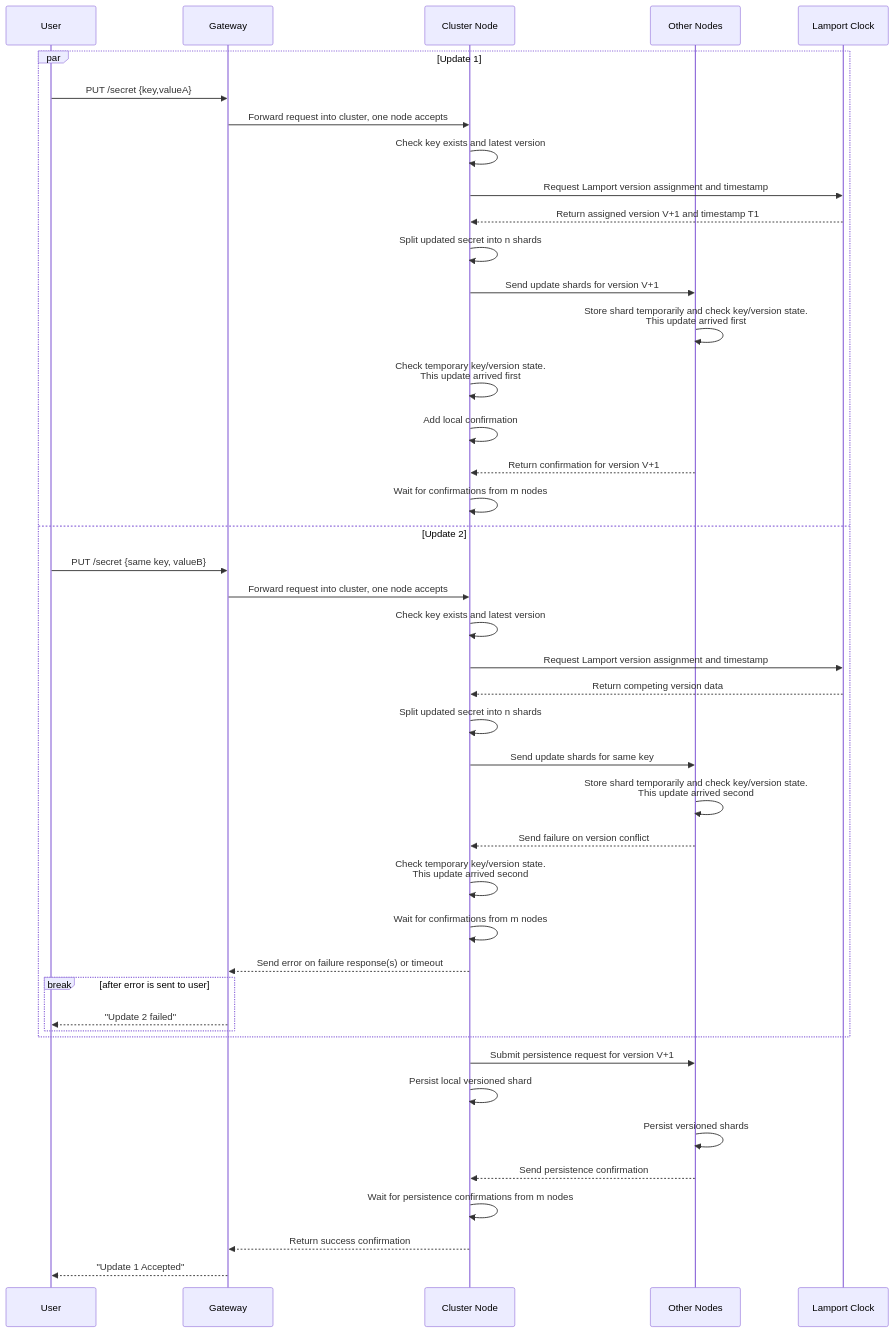
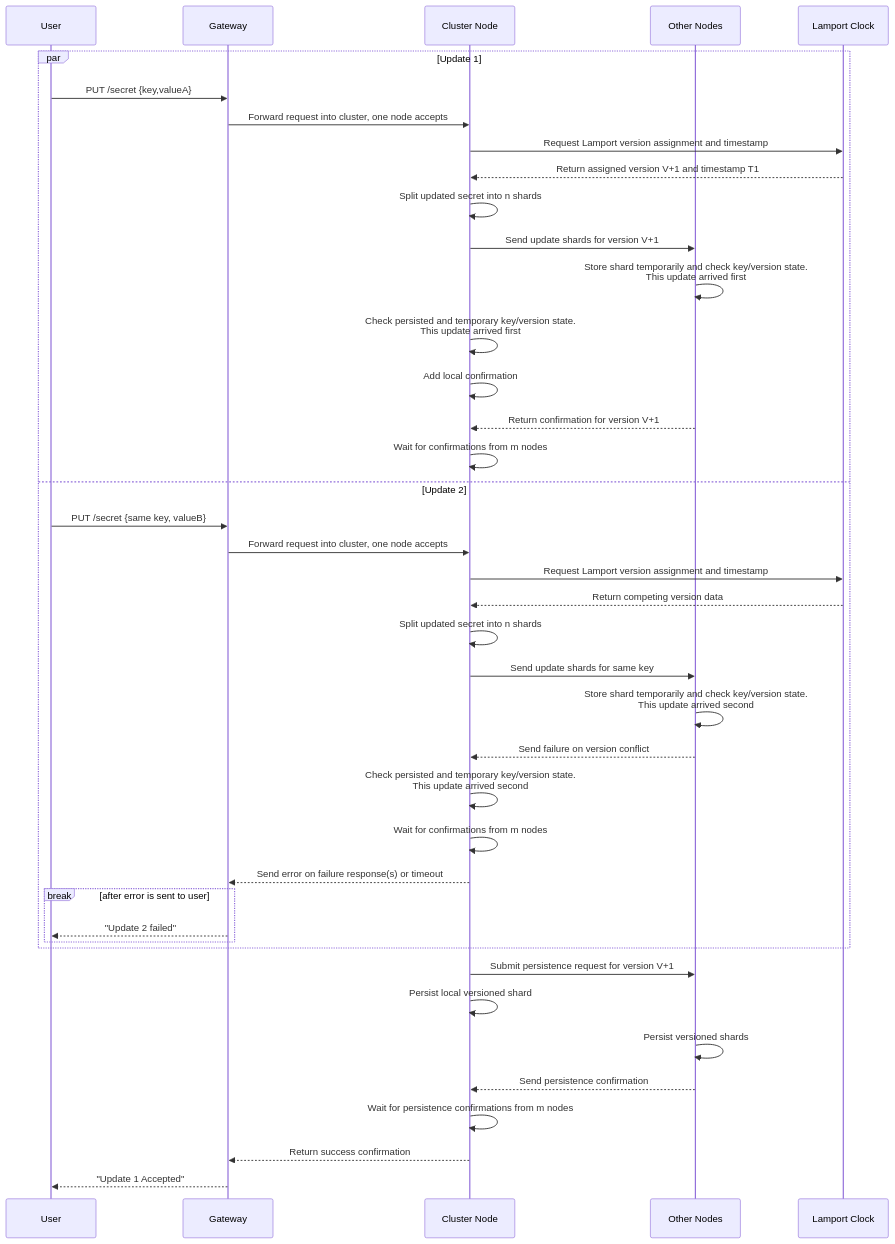
One commit to S26-Distributed-Capstone/DistributedSecretsVault changed the second of 2 diagrams in docs/crud/update.md. Above: the diagram before and after it, drawn with Mermaid. The commit also changed other lines of this file, not shown here.

````diff
--- a/docs/crud/update.md
+++ b/docs/crud/update.md
@@ -68,46 +65,44 @@
 ```mermaid
 sequenceDiagram
     participant User
     participant Gateway
     participant Node as Cluster Node
     participant Peers as Other Nodes
     participant Clock as Lamport Clock
 
     par Update 1
       User->>Gateway: PUT /secret {key,valueA}
       Gateway->>Node: Forward request into cluster, one node accepts
-      Node->>Node: Check key exists and latest version
       Node->>Clock: Request Lamport version assignment and timestamp
       Clock-->>Node: Return assigned version V+1 and timestamp T1
       Node->>Node: Split updated secret into n shards
       Node->>Peers: Send update shards for version V+1
       Peers->>Peers: Store shard temporarily and check key/version state.<br>This update arrived first
-      Node->>Node: Check temporary key/version state.<br>This update arrived first
+      Node->>Node: Check persisted and temporary key/version state.<br>This update arrived first
       Node->>Node: Add local confirmation
       Peers-->>Node: Return confirmation for version V+1
       Node->>Node: Wait for confirmations from m nodes
     and Update 2
       User->>Gateway: PUT /secret {same key, valueB}
       Gateway->>Node: Forward request into cluster, one node accepts
-      Node->>Node: Check key exists and latest version
       Node->>Clock: Request Lamport version assignment and timestamp
       Clock-->>Node: Return competing version data
       Node->>Node: Split updated secret into n shards
       Node->>Peers: Send update shards for same key
       Peers->>Peers: Store shard temporarily and check key/version state.<br>This update arrived second
       Peers-->>Node: Send failure on version conflict
-      Node->>Node: Check temporary key/version state.<br>This update arrived second
+      Node->>Node: Check persisted and temporary key/version state.<br>This update arrived second
       Node->>Node: Wait for confirmations from m nodes
       Node-->>Gateway: Send error on failure response(s) or timeout
       break after error is sent to user
         Gateway-->>User: "Update 2 failed"
       end
     end
     Node->>Peers: Submit persistence request for version V+1
     Node->>Node: Persist local versioned shard
     Peers->>Peers: Persist versioned shards
     Peers-->>Node: Send persistence confirmation
     Node->>Node: Wait for persistence confirmations from m nodes
     Node-->>Gateway: Return success confirmation
     Gateway-->>User: "Update 1 Accepted"
 ```
````
